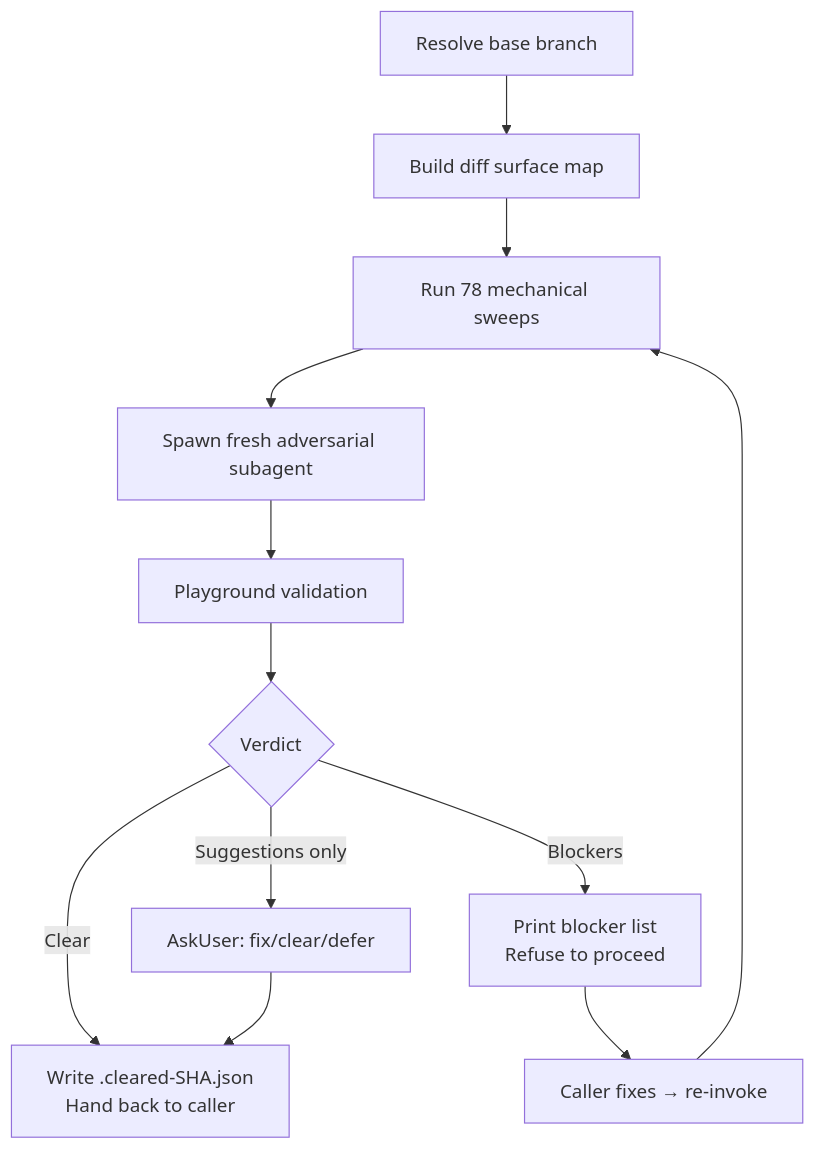
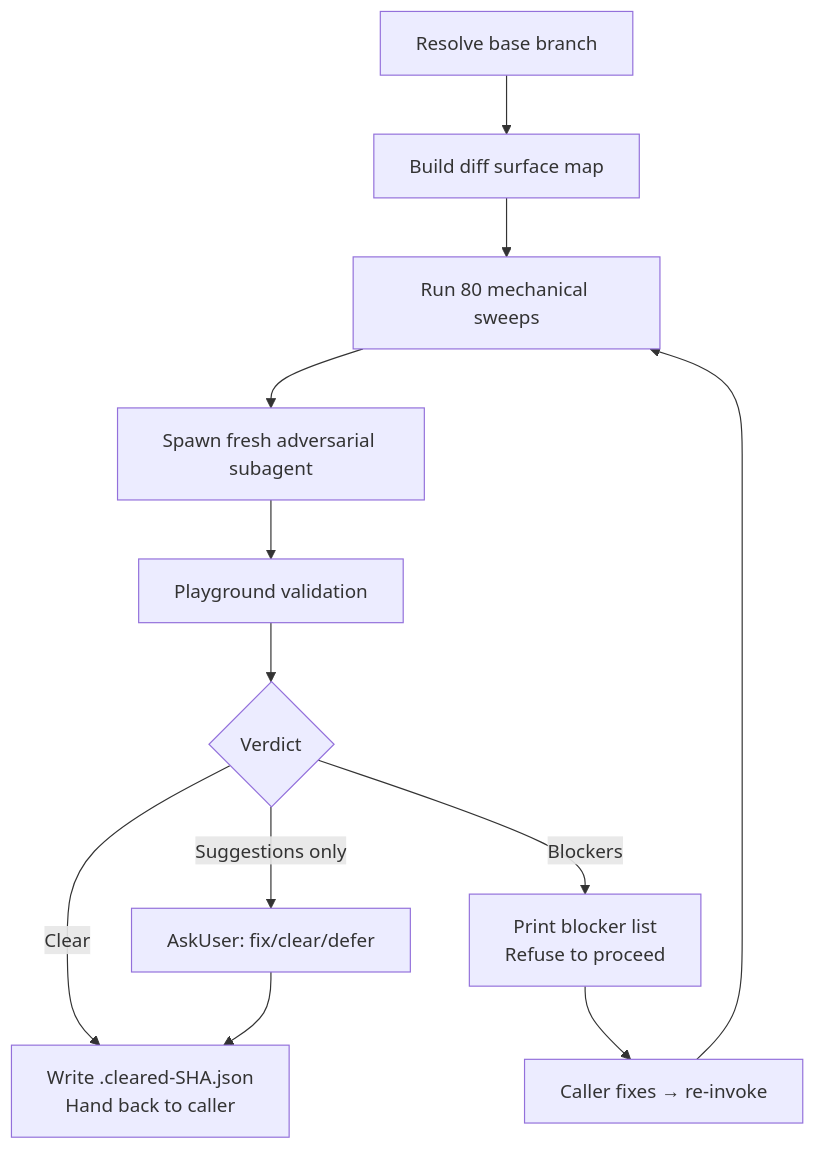
The diagram in skills/adversarial-review/README.md (whizzzkid/skills), drawn with Mermaid before and after one commit. The commit also changed other lines of this file and 17 other files, not shown here.

````diff
--- a/skills/adversarial-review/README.md
+++ b/skills/adversarial-review/README.md
@@ -16,14 +16,14 @@
 ```mermaid
 flowchart TD
     A[Resolve base branch] --> B[Build diff surface map]
-    B --> C[Run 78 mechanical sweeps]
+    B --> C[Run 80 mechanical sweeps]
     C --> D[Spawn fresh adversarial subagent]
     D --> E[Playground validation]
     E --> F{Verdict}
     F -->|Clear| G[Write .cleared-SHA.json<br/>Hand back to caller]
     F -->|Blockers| H[Print blocker list<br/>Refuse to proceed]
     F -->|Suggestions only| I[AskUser: fix/clear/defer]
     H --> J[Caller fixes → re-invoke]
     J --> C
     I --> G
 ```
````
